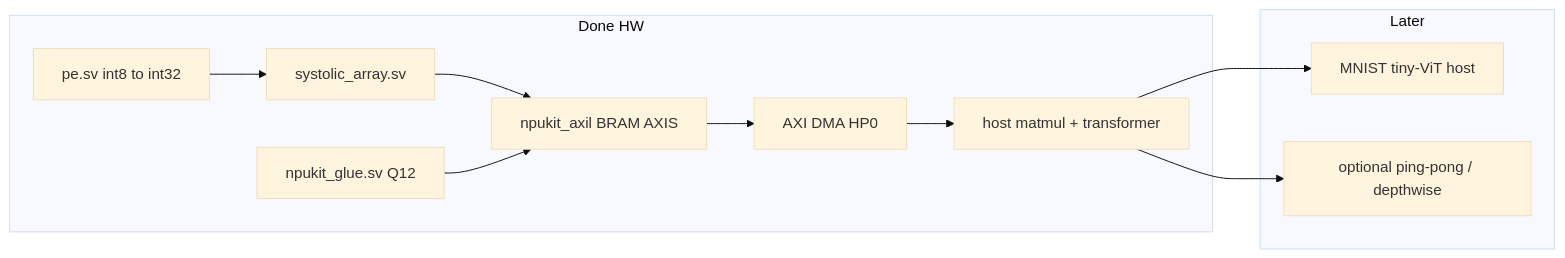
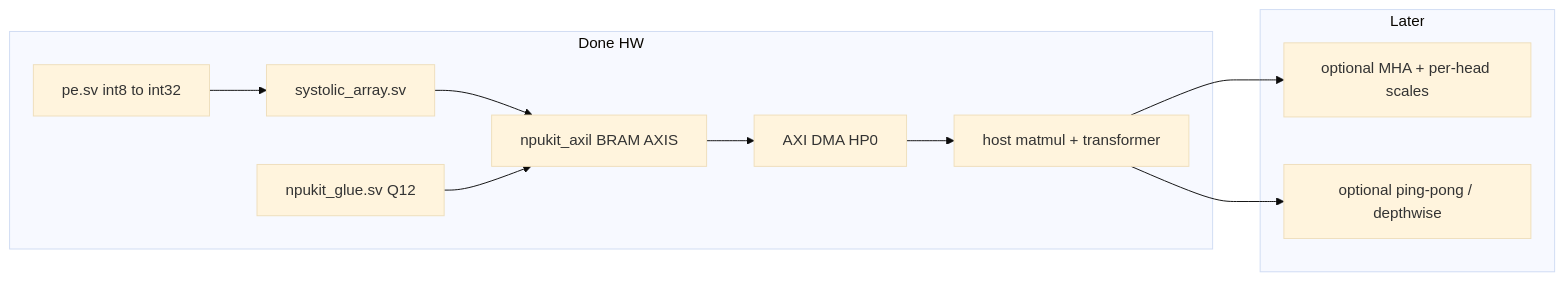
The diagram in PLAN.md (NetKit-Labs/npukit), drawn with Mermaid (base theme) before and after one commit. The commit also changed other lines of this file and 3 other files, not shown here.

First line of the commit message:
Refresh docs for T=16×D=16×L=2 ViT with per-stage scales.

````diff
--- a/PLAN.md
+++ b/PLAN.md
@@ -29,20 +29,20 @@
 ```mermaid
 flowchart LR
   subgraph done [Done HW]
     PE[pe.sv int8 to int32]
     SA[systolic_array.sv]
     GLUE[npukit_glue.sv Q12]
     AXIL[npukit_axil BRAM AXIS]
     DMA[AXI DMA HP0]
     HOST[host matmul + transformer]
     PE --> SA --> AXIL
     GLUE --> AXIL
     AXIL --> DMA --> HOST
   end
   subgraph later [Later]
-    Q[MNIST tiny-ViT host]
+    MH[optional MHA + per-head scales]
     PP[optional ping-pong / depthwise]
-    HOST --> Q
+    HOST --> MH
     HOST --> PP
   end
 ```
````
